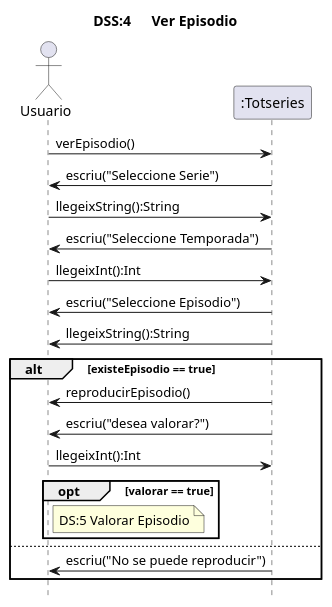
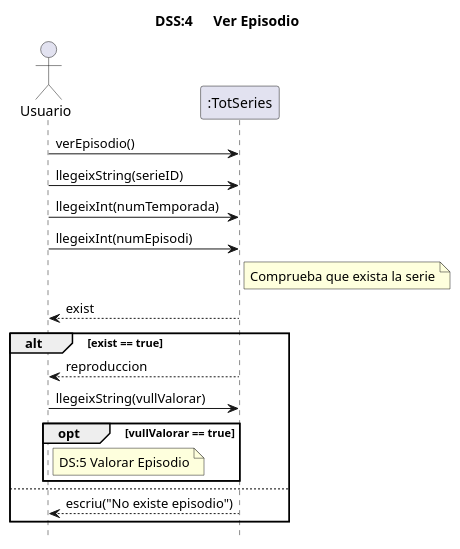
The diagram in src/totseries/Uml/Sistema/Diagrama de Sistema UC4.puml (MrViciao/TotSeries), drawn with PlantUML before and after one commit. The commit also changed 7 other files, not shown here.

```diff
--- a/src/totseries/Uml/Sistema/Diagrama de Sistema UC4.puml
+++ b/src/totseries/Uml/Sistema/Diagrama de Sistema UC4.puml
@@ -1,27 +1,34 @@
 @startuml
 title	DSS:4	Ver Episodio
 '	ocultar	el	foot	si	son	curts,	sino	deixar-ho
 '	la	comanda	es	la	seguent
 hide	footbox
 'definicio	d'actors
 actor	Usuario	as	user
-user	->	":Totseries":verEpisodio()
-":Totseries" -> user :escriu("Seleccione Serie")
-user -> ":Totseries":llegeixString():String
-":Totseries" -> user :escriu("Seleccione Temporada")
-user -> ":Totseries" :llegeixInt():Int
-":Totseries" -> user :escriu("Seleccione Episodio")
-":Totseries" -> user :llegeixString():String
-alt existeEpisodio == true
-    ":Totseries" -> user :reproducirEpisodio()
-    ":Totseries" -> user :escriu("desea valorar?")
-    user -> ":Totseries" :llegeixInt():Int
-    opt valorar == true
+participant ":TotSeries" as TotSeries
+
+
+user	->	TotSeries:verEpisodio()
+'TotSeries -> user :escriu("Seleccione Serie")
+user -> TotSeries:llegeixString(serieID)
+'TotSeries -> user :escriu("Seleccione Temporada")
+user -> TotSeries :llegeixInt(numTemporada)
+'TotSeries -> user :escriu("Seleccione Episodio")
+user -> TotSeries :llegeixInt(numEpisodi)
+note right TotSeries
+    Comprueba que exista la serie
+end note
+TotSeries --> user :exist
+alt exist == true
+    TotSeries --> user :reproduccion
+    'TotSeries -> user :escriu("desea valorar?")
+    user -> TotSeries :llegeixString(vullValorar)
+    opt vullValorar == true
         note right user
         DS:5 Valorar Episodio
         end note
     end
 else
-    ":Totseries" -> user :escriu("No se puede reproducir")
+    TotSeries --> user :escriu("No existe episodio")
 end alt
 @enduml
```
